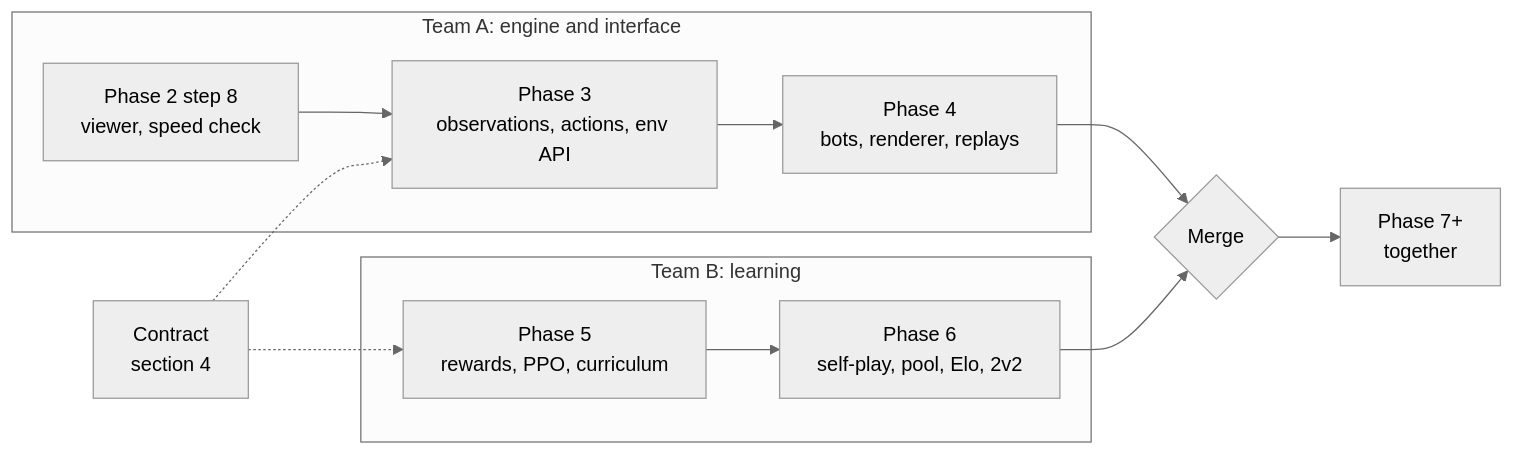
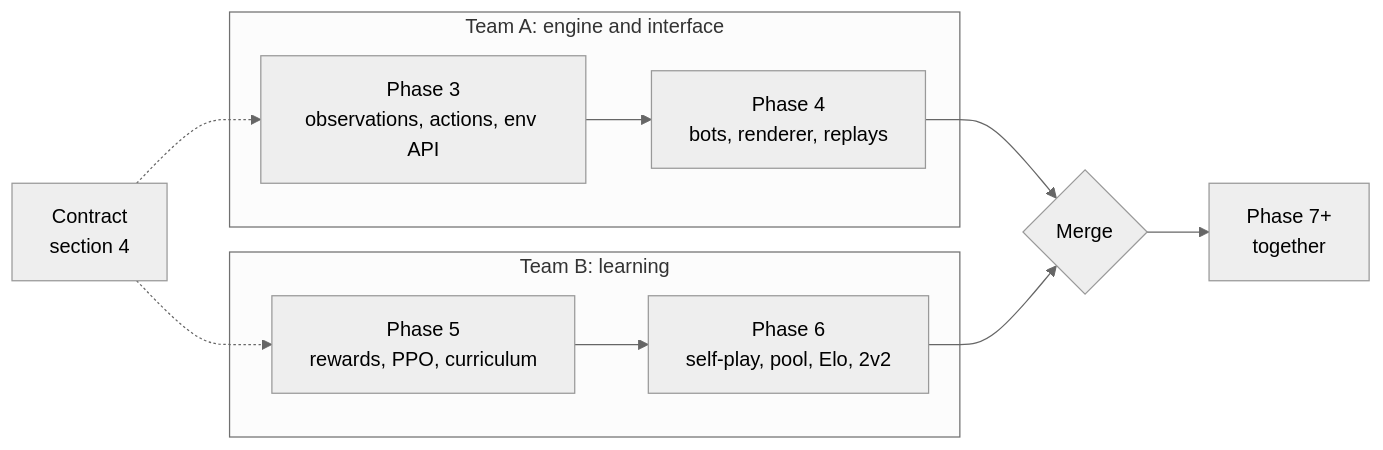
Before and after one commit to thekrishmellow/RL-Donut: the diagram in docs/handoff_phase5_6.md, drawn with Mermaid (neutral theme). The commit also changed other lines of this file and 6 other files, not shown here.

Commit message:
Engine step 2.8: debug viewer (GIF + filmstrip) and engine speed check; Phase 2 complete

````diff
--- a/docs/handoff_phase5_6.md
+++ b/docs/handoff_phase5_6.md
@@ -26,15 +26,14 @@
 ```mermaid
 flowchart LR
     subgraph A[Team A: engine and interface]
-        A2[Phase 2 step 8<br/>viewer, speed check] --> A3[Phase 3<br/>observations, actions, env API]
-        A3 --> A4[Phase 4<br/>bots, renderer, replays]
+        A3[Phase 3<br/>observations, actions, env API] --> A4[Phase 4<br/>bots, renderer, replays]
     end
     subgraph B[Team B: learning]
         B5[Phase 5<br/>rewards, PPO, curriculum] --> B6[Phase 6<br/>self-play, pool, Elo, 2v2]
     end
     C[Contract<br/>section 4] -.-> A3
     C -.-> B5
     A4 --> M{Merge}
     B6 --> M
     M --> P7[Phase 7+<br/>together]
 ```
````
